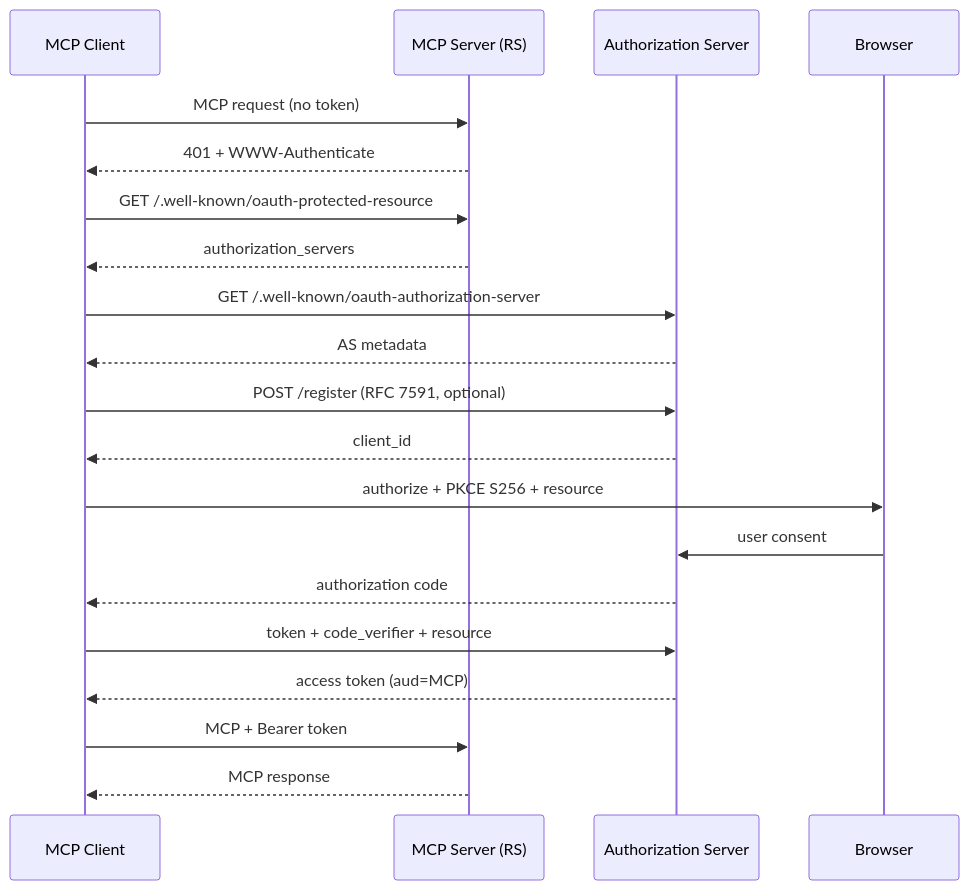
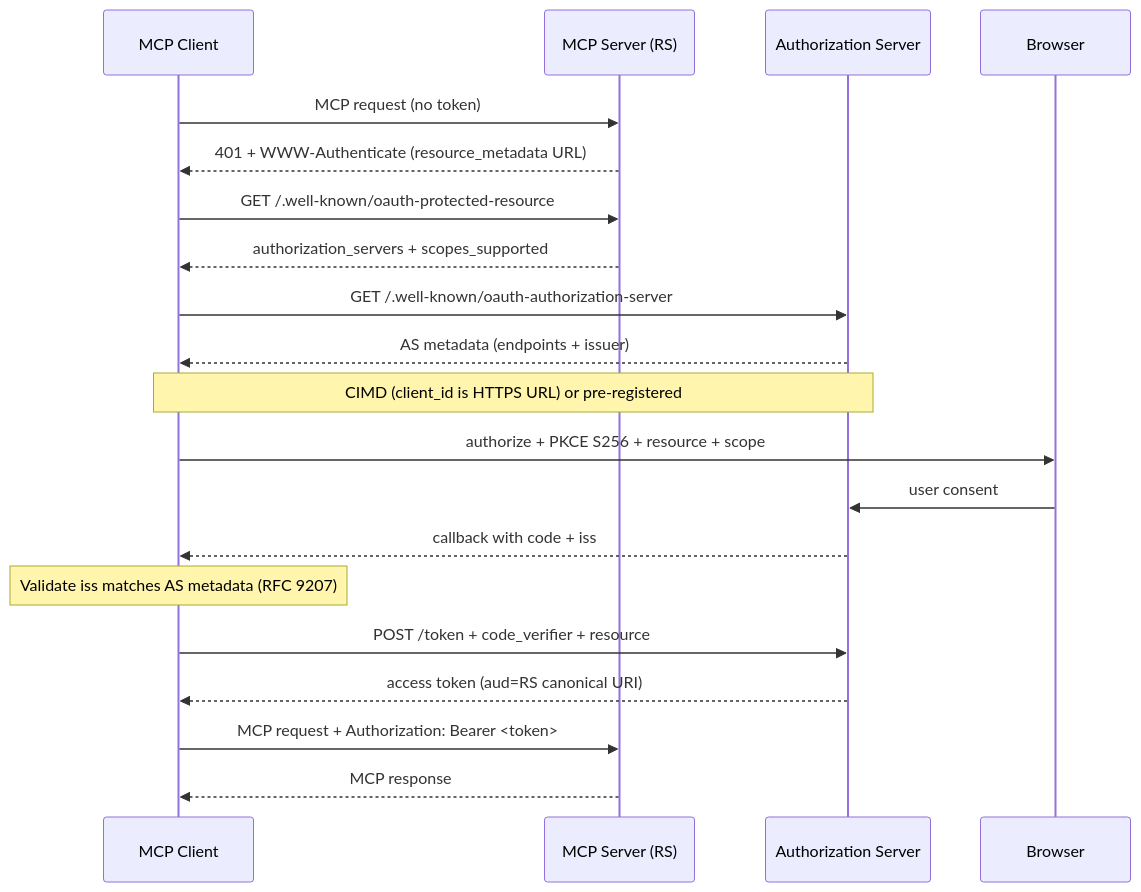
The diagram in .claude/skills/ak-agentize/references/oauth-streamable-http.md (quanganh208/chatofy), drawn with Mermaid before and after one commit. The commit also changed other lines of this file and 247 other files, not shown here.

````diff
--- a/.claude/skills/ak-agentize/references/oauth-streamable-http.md
+++ b/.claude/skills/ak-agentize/references/oauth-streamable-http.md
@@ -17,22 +23,22 @@
 ```mermaid
 sequenceDiagram
   participant C as MCP Client
   participant RS as MCP Server (RS)
   participant AS as Authorization Server
   participant B as Browser
   C->>RS: MCP request (no token)
-  RS-->>C: 401 + WWW-Authenticate
+  RS-->>C: 401 + WWW-Authenticate (resource_metadata URL)
   C->>RS: GET /.well-known/oauth-protected-resource
-  RS-->>C: authorization_servers
+  RS-->>C: authorization_servers + scopes_supported
   C->>AS: GET /.well-known/oauth-authorization-server
-  AS-->>C: AS metadata
-  C->>AS: POST /register (RFC 7591, optional)
-  AS-->>C: client_id
-  C->>B: authorize + PKCE S256 + resource
+  AS-->>C: AS metadata (endpoints + issuer)
+  Note over C,AS: CIMD (client_id is HTTPS URL) or pre-registered
+  C->>B: authorize + PKCE S256 + resource + scope
   B->>AS: user consent
-  AS-->>C: authorization code
-  C->>AS: token + code_verifier + resource
-  AS-->>C: access token (aud=MCP)
-  C->>RS: MCP + Bearer token
+  AS-->>C: callback with code + iss
+  Note over C: Validate iss matches AS metadata (RFC 9207)
+  C->>AS: POST /token + code_verifier + resource
+  AS-->>C: access token (aud=RS canonical URI)
+  C->>RS: MCP request + Authorization: Bearer <token>
   RS-->>C: MCP response
 ```
````
